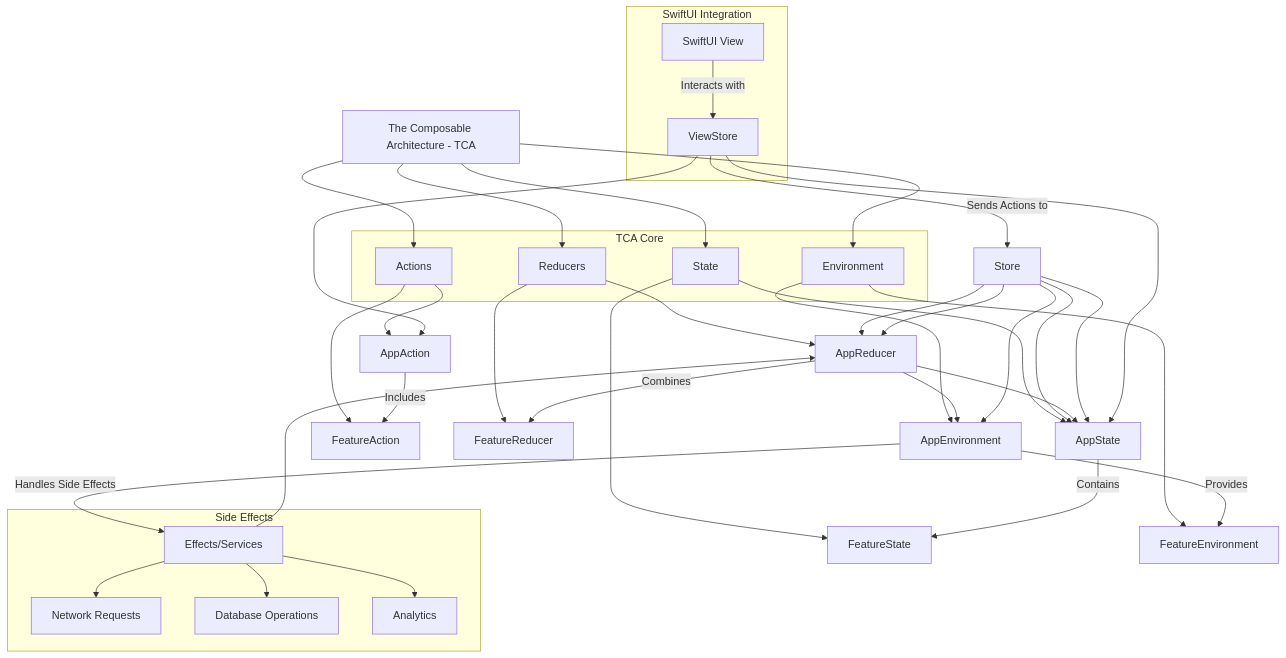
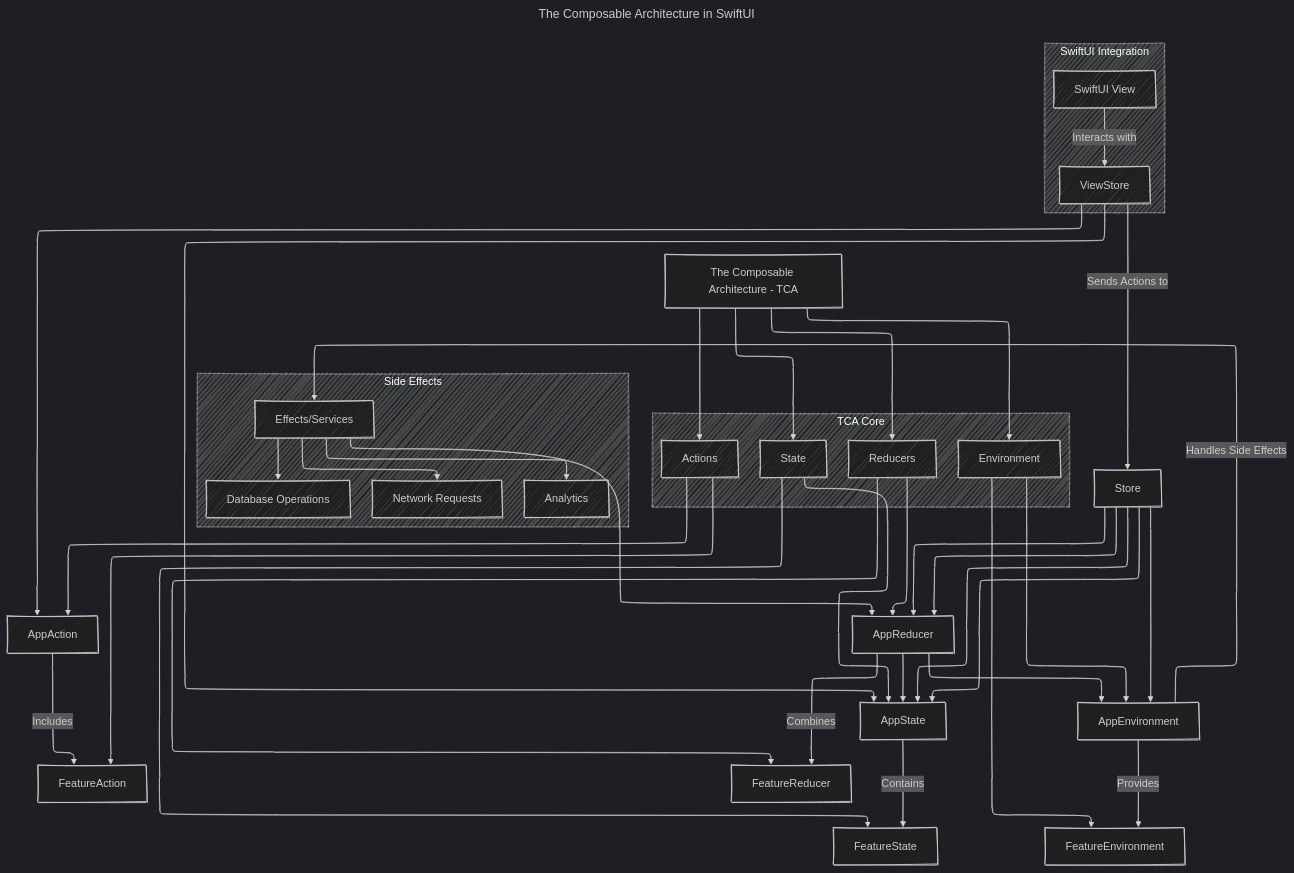
The diagram in Design_Patterns/The_Composable_Architecture.md (CongLeSolutionX/iOS-development-vault), drawn with Mermaid before and after one commit. The commit also changed 6 other files, not shown here.

````diff
--- a/Design_Patterns/The_Composable_Architecture.md
+++ b/Design_Patterns/The_Composable_Architecture.md
@@ -23,73 +23,80 @@
 ```mermaid
+---
+title: The Composable Architecture in SwiftUI
+config:
+  layout: elk
+  look: handDrawn
+  theme: dark
+---
 graph TD
     %% TCA Core Components
     A[The Composable Architecture - TCA] --> B[State]
     A --> C[Actions]
     A --> D[Reducers]
     A --> E[Environment]
 
     %% State
     B --> B1[AppState]
     B --> B2[FeatureState]
 
     %% Actions
     C --> C1[AppAction]
     C --> C2[FeatureAction]
 
     %% Reducers
     D --> D1[AppReducer]
     D --> D2[FeatureReducer]
 
     %% Environment
     E --> E1[AppEnvironment]
     E --> E2[FeatureEnvironment]
 
     %% Interactions
     B1 -->|Contains| B2
     C1 -->|Includes| C2
     D1 -->|Combines| D2
     E1 -->|Provides| E2
 
     %% Flow
     F[SwiftUI View] -->|Interacts with| G[ViewStore]
     G -->|Sends Actions to| H[Store]
     H --> D1
     H --> B1
     D1 --> B1
     D1 --> E1
     E1 -->|Handles Side Effects| I[Effects/Services]
     I --> D1
 
     %% ViewStore and Store
     H[Store] --> B1
     H --> D1
     H --> E1
     G[ViewStore] --> B1
     G --> C1
 
     %% Side Effects
     I --> J[Network Requests]
     I --> K[Database Operations]
     I --> L[Analytics]
 
     %% Additional Components
     subgraph SwiftUI Integration
         F
         G
     end
 
     subgraph TCA Core
         B
         C
         D
         E
     end
 
     subgraph Side Effects
         I
         J
         K
         L
     end
 
 ```
````
